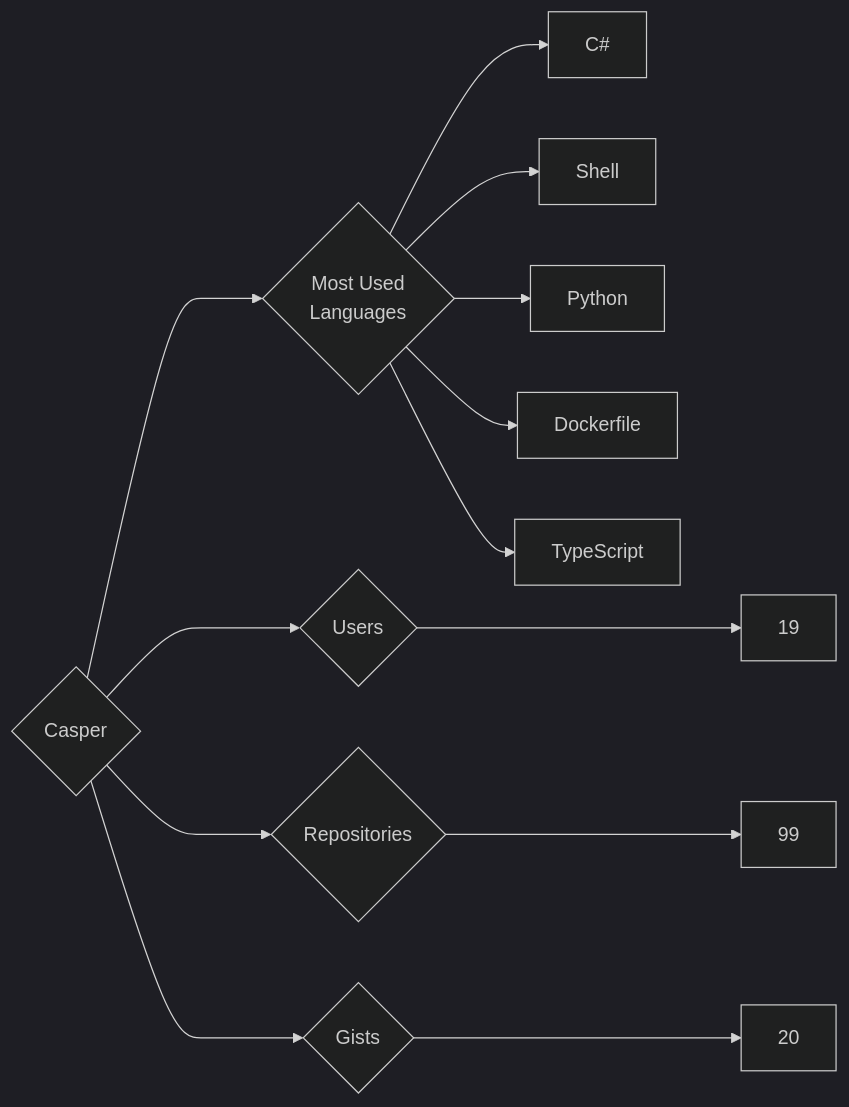
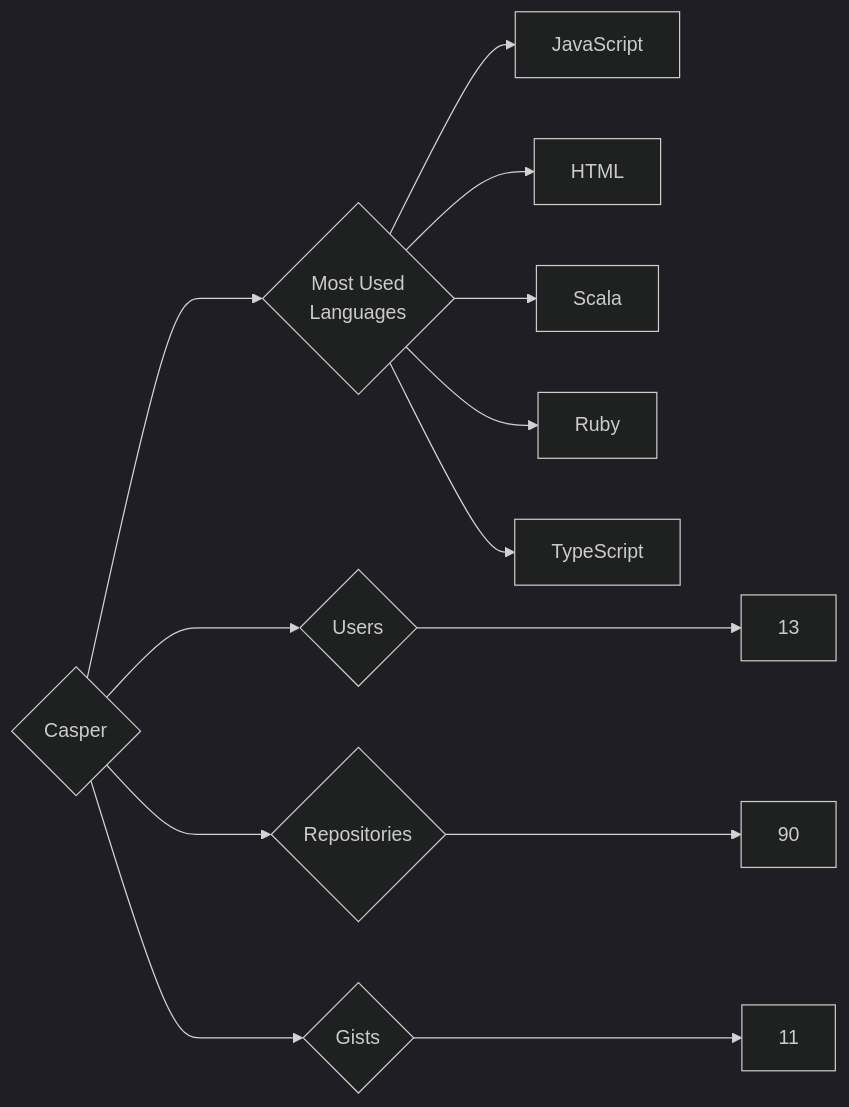
The diagram in targets/Casper/README.md (trickest/insiders), drawn with Mermaid (dark theme) before and after one commit. The commit also changed 953 other files, not shown here.

````diff
--- a/targets/Casper/README.md
+++ b/targets/Casper/README.md
@@ -3,13 +3,13 @@
 ```mermaid
 graph LR
 COMPANY_NAME{Casper}
-COMPANY_NAME ---> U{Users} ---> UN[19]
-COMPANY_NAME ---> R{Repositories} ---> RN[99]
-COMPANY_NAME ---> G{Gists} ---> GN[20]
+COMPANY_NAME ---> U{Users} ---> UN[13]
+COMPANY_NAME ---> R{Repositories} ---> RN[90]
+COMPANY_NAME ---> G{Gists} ---> GN[11]
 COMPANY_NAME ---> ML{Most Used<br>Languages}
-ML --> C#[C#]
-ML --> Shell[Shell]
-ML --> Python[Python]
-ML --> Dockerfile[Dockerfile]
+ML --> JavaScript[JavaScript]
+ML --> HTML[HTML]
+ML --> Scala[Scala]
+ML --> Ruby[Ruby]
 ML --> TypeScript[TypeScript]
 ```
````
